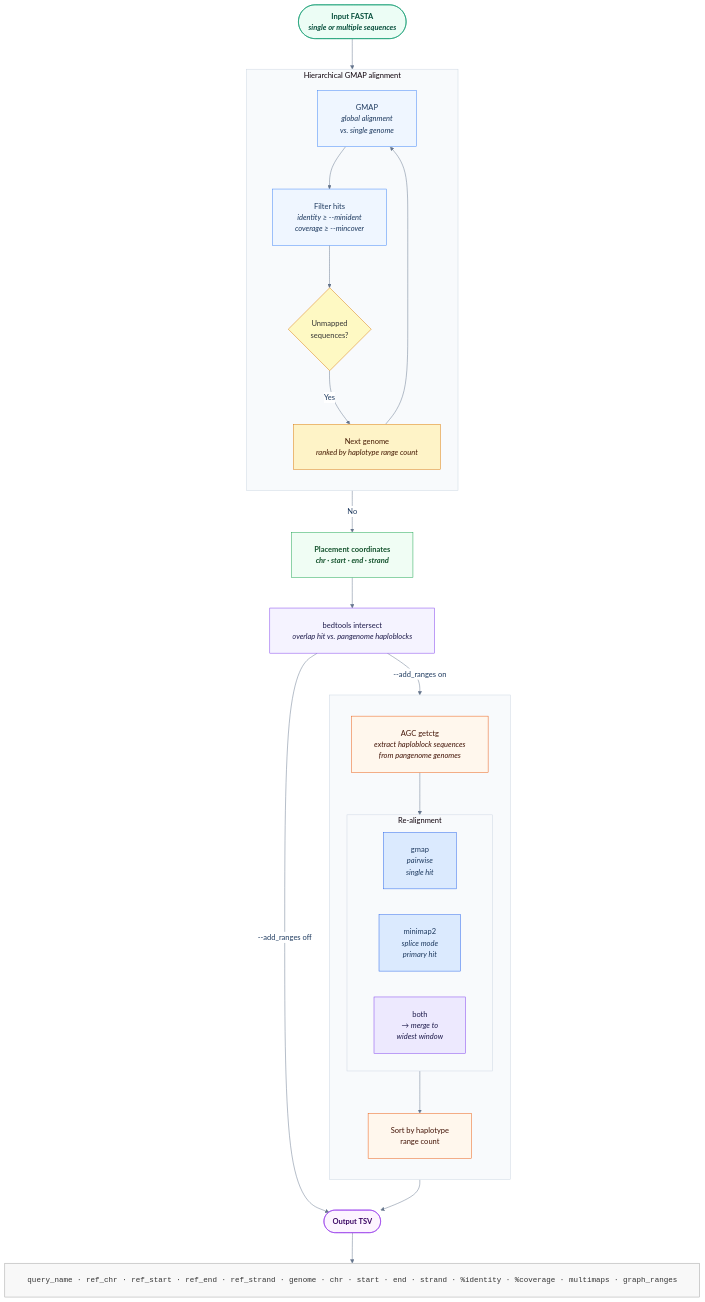
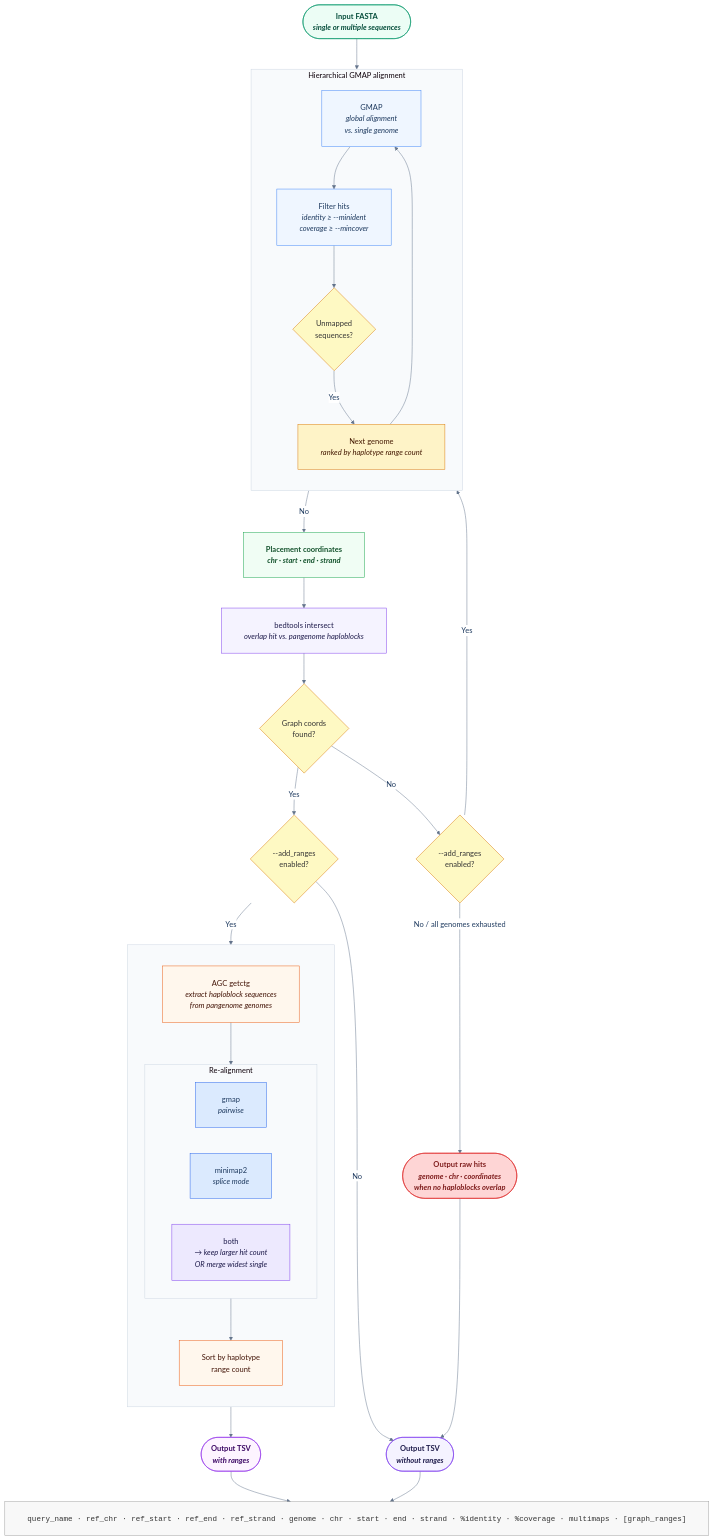
One commit to eead-csic-compbio/barleygraph changed the diagram in miscellaneous/align2graph_workflow.mmd. Above: the diagram before and after it, drawn with Mermaid. The commit also changed 4 other files, not shown here.

```diff
--- a/miscellaneous/align2graph_workflow.mmd
+++ b/miscellaneous/align2graph_workflow.mmd
@@ -1,84 +1,100 @@
 %%{init: {
   "theme": "base",
   "themeVariables": {
     "fontFamily": "Helvetica Neue, Helvetica, Arial, sans-serif",
     "fontSize": "16px",
     "primaryColor":        "#DBEAFE",
     "primaryTextColor":    "#1e3a5f",
     "primaryBorderColor":  "#3B82F6",
     "lineColor":           "#64748B",
     "secondaryColor":      "#FEF9C3",
     "tertiaryColor":       "#F0FDF4",
     "background":          "#ffffff",
     "clusterBkg":          "#F8FAFC",
     "clusterBorder":       "#CBD5E1",
     "edgeLabelBackground": "#ffffff"
   },
   "flowchart": {
     "curve": "basis",
     "padding": 24,
     "nodeSpacing": 55,
     "rankSpacing": 65,
     "diagramPadding": 40,
     "wrappingWidth": 3000
   }
 }}%%
 
 flowchart TD
 
     FASTA(["Input FASTA<br/><i>single or multiple sequences</i>"])
 
     subgraph LOOP ["Hierarchical GMAP alignment"]
         direction TB
         GMAP["GMAP<br/><i>global alignment<br/>vs. single genome</i>"]
         FILTER["Filter hits<br/><i>identity ≥ --minident<br/>coverage ≥ --mincover</i>"]
         UNMAPPED{"Unmapped<br/>sequences?"}
         NEXTG["Next genome<br/><i>ranked by haplotype range count</i>"]
         GMAP --> FILTER --> UNMAPPED
         UNMAPPED -- "Yes" --> NEXTG --> GMAP
     end
 
     MATCHED["Placement coordinates<br/><i>chr · start · end · strand</i>"]
 
     BEDTOOLS["bedtools intersect<br/><i>overlap hit vs. pangenome haploblocks</i>"]
 
     subgraph ADDRANGES ["  "]
         direction TB
         EXTRACT["AGC getctg<br/><i>extract haploblock sequences<br/>from pangenome genomes</i>"]
 
         subgraph ALIGNER ["Re-alignment"]
             direction LR
-            GMAP2["gmap<br/><i>pairwise<br/>single hit</i>"]
-            MM2["minimap2<br/><i>splice mode<br/>primary hit</i>"]
-            BOTH["both<br/><i>→ merge to<br/>widest window</i>"]
+            GMAP2["gmap<br/><i>pairwise<br/></i>"]
+            MM2["minimap2<br/><i>splice mode</i>"]
+            BOTH["both<br/><i>→ keep larger hit count<br/>OR merge widest single</i>"]
         end
 
         SORT["Sort by haplotype<br/>range count"]
         EXTRACT --> ALIGNER --> SORT
     end
 
-    TSV(["Output TSV"])
-    EXAMPLE["query_name · ref_chr · ref_start · ref_end · ref_strand · genome · chr · start · end · strand · %identity · %coverage · multimaps · graph_ranges"]
+    TSVR(["Output TSV<br/><i>with ranges</i>"])
+    TSVN(["Output TSV<br/><i>without ranges</i>"])
+    EXAMPLE["query_name · ref_chr · ref_start · ref_end · ref_strand · genome · chr · start · end · strand · %identity · %coverage · multimaps · [graph_ranges]"]
+    
+    CHECK{"Graph coords<br/>found?"}
+    RAWHITS(["Output raw hits<br/><i>genome · chr · coordinates<br/>when no haploblocks overlap</i>"])
 
     FASTA      --> LOOP
     UNMAPPED   -- "No" --> MATCHED
     MATCHED    --> BEDTOOLS
-    BEDTOOLS   -- "--add_ranges off" --> TSV
-    BEDTOOLS   -- "--add_ranges on" --> EXTRACT
-    SORT       --> TSV
-    TSV        --> EXAMPLE
+    BEDTOOLS   --> CHECK
+    CHECK      -- "Yes" --> ADDRNG{"--add_ranges<br/>enabled?"}
+    ADDRNG     -- "Yes" --> EXTRACT
+    ADDRNG     -- "No" --> TSVN
+    CHECK      -- "No" --> ADDRNG2{"--add_ranges<br/>enabled?"}
+    ADDRNG2    -- "Yes" --> NEXTG
+    ADDRNG2    -- "No / all genomes exhausted" --> RAWHITS
+    SORT       --> TSVR
+    RAWHITS    --> TSVN
+    TSVR       --> EXAMPLE
+    TSVN       --> EXAMPLE
 
     style FASTA      fill:#ECFDF5,stroke:#059669,color:#064E3B,font-weight:bold
     style GMAP       fill:#EFF6FF,stroke:#3B82F6,color:#1e3a5f
     style FILTER     fill:#EFF6FF,stroke:#3B82F6,color:#1e3a5f
     style UNMAPPED   fill:#FEF9C3,stroke:#D97706,color:#333
     style NEXTG      fill:#FEF3C7,stroke:#D97706,color:#451A03
     style MATCHED    fill:#F0FDF4,stroke:#16A34A,color:#14532D,font-weight:bold
     style BEDTOOLS   fill:#F5F3FF,stroke:#7C3AED,color:#1e1b4b
+    style CHECK      fill:#FEF9C3,stroke:#D97706,color:#333
+    style ADDRNG     fill:#FEF9C3,stroke:#D97706,color:#333
     style EXTRACT    fill:#FFF7ED,stroke:#EA580C,color:#431407
     style GMAP2      fill:#DBEAFE,stroke:#2563EB,color:#1e3a5f
     style MM2        fill:#DBEAFE,stroke:#2563EB,color:#1e3a5f
     style BOTH       fill:#EDE9FE,stroke:#7C3AED,color:#1e1b4b
     style SORT       fill:#FFF7ED,stroke:#EA580C,color:#431407
-    style TSV        fill:#FDF4FF,stroke:#9333EA,color:#3b0764,font-weight:bold
+    style TSVR       fill:#FDF4FF,stroke:#9333EA,color:#3b0764,font-weight:bold
+    style TSVN       fill:#F5F3FF,stroke:#7C3AED,color:#1e1b4b,font-weight:bold
+    style RAWHITS    fill:#FED5D5,stroke:#DC2626,color:#7F1D1D,font-weight:bold
     style EXAMPLE    fill:#F8F8F8,stroke:#9E9E9E,color:#333,font-family:monospace
+    style ADDRNG2    fill:#FEF9C3,stroke:#D97706,color:#333
```
